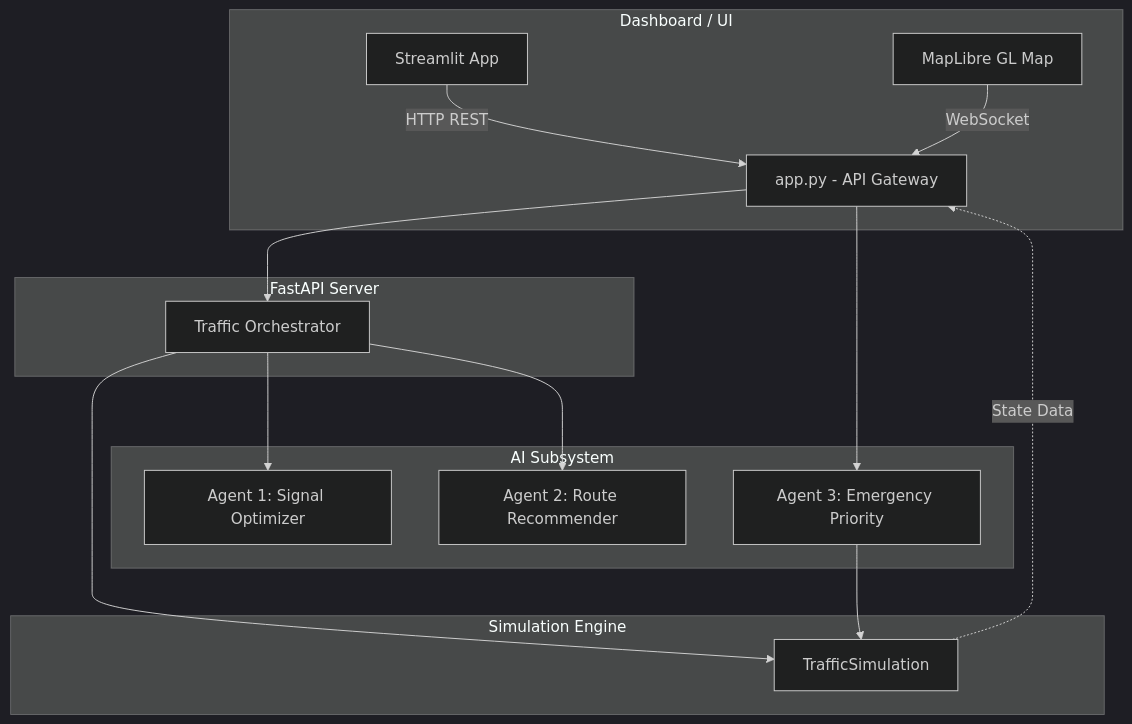
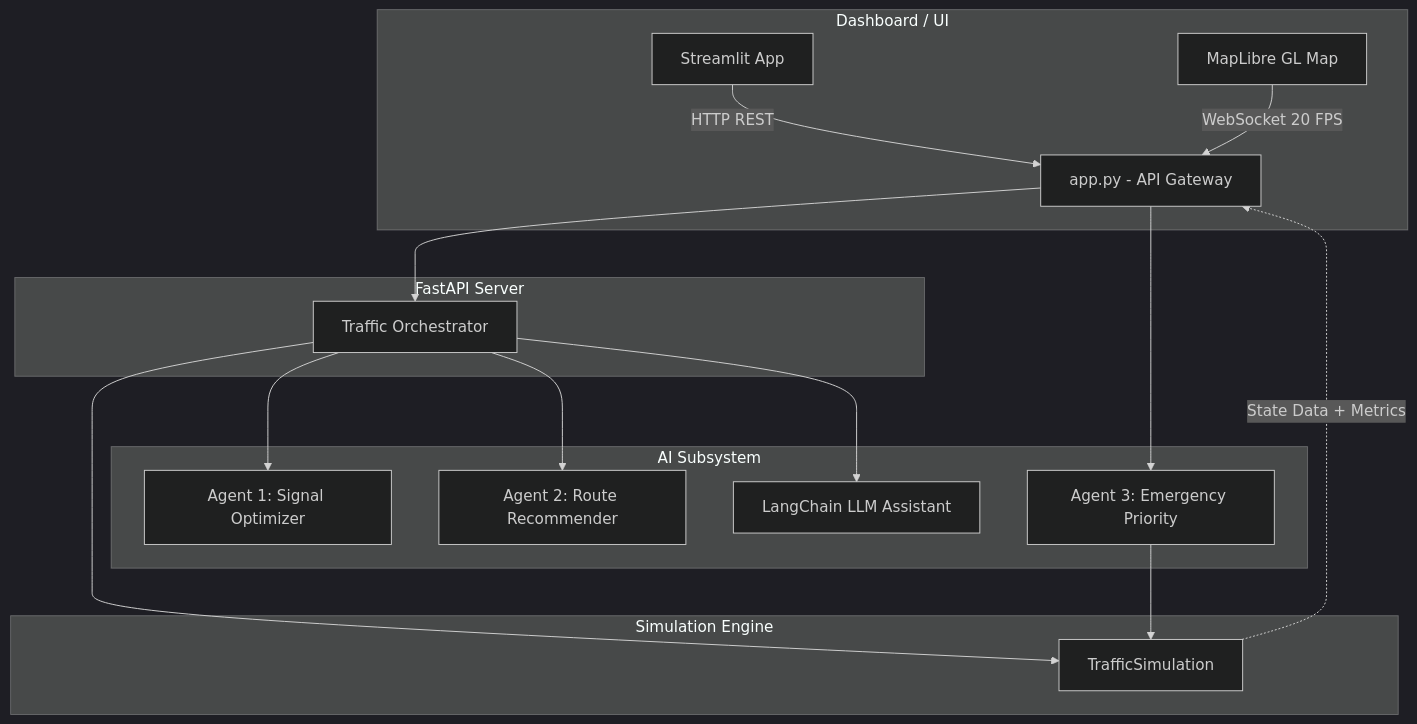
The diagram in trafficq_ai/TRAFFICQ_ARCHITECTURE.md (krishagrawal30/traffiq_ai), drawn with Mermaid (dark theme) before and after one commit. The commit also changed other lines of this file and 10 other files, not shown here.

````diff
--- a/trafficq_ai/TRAFFICQ_ARCHITECTURE.md
+++ b/trafficq_ai/TRAFFICQ_ARCHITECTURE.md
@@ -14,31 +14,33 @@
 ```mermaid
 graph TD
     subgraph Frontend [Dashboard / UI]
         S[Streamlit App] -->|HTTP REST| API
-        M[MapLibre GL Map] -->|WebSocket| API
+        M[MapLibre GL Map] -->|WebSocket 20 FPS| API
     end
 
     subgraph Backend [FastAPI Server]
         API[app.py - API Gateway]
         O[Traffic Orchestrator]
     end
 
     subgraph Agents [AI Subsystem]
         A1[Agent 1: Signal Optimizer]
         A2[Agent 2: Route Recommender]
         A3[Agent 3: Emergency Priority]
+        LLM[LangChain LLM Assistant]
     end
 
     subgraph Core [Simulation Engine]
         E[TrafficSimulation]
     end
 
     %% Connections
     API --> O
     O --> E
     O --> A1
     O --> A2
     API --> A3
+    O --> LLM
     A3 --> E
-    E -.->|State Data| API
+    E -.->|State Data + Metrics| API
 ```
````
